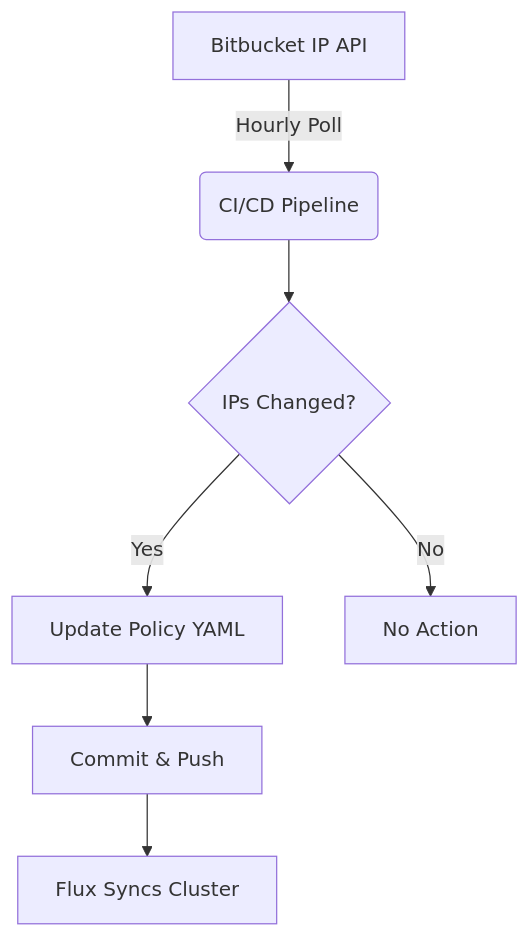
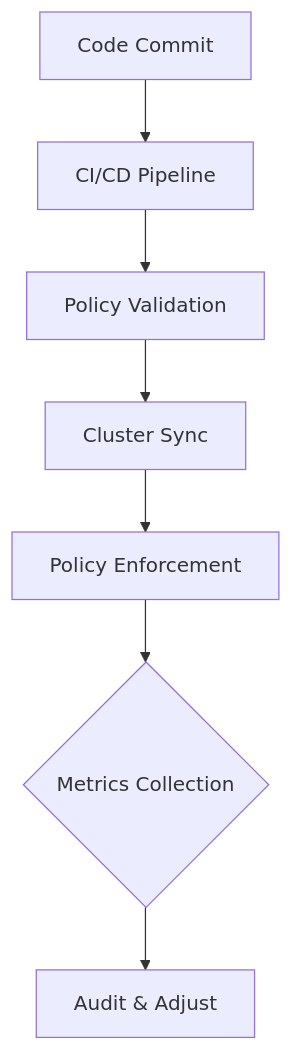
Diagram 11 of 14 in README.md (vponoikoait/k8s-network-policies), drawn with Mermaid before and after one commit. The commit also changed other lines of this file, not shown here.

Commit message:
More diagrams in README

````diff
--- a/README.md
+++ b/README.md
@@ -397,9 +508,9 @@
 ```mermaid
 graph TD
-    A[Bitbucket IP API] -->|Hourly Poll| B(CI/CD Pipeline)
-    B --> C{IPs Changed?}
-    C -->|Yes| D[Update Policy YAML]
-    D --> E[Commit & Push]
-    E --> F[Flux Syncs Cluster]
-    C -->|No| G[No Action]
+    A[Code Commit] --> B[CI/CD Pipeline]
+    B --> C[Policy Validation]
+    C --> D[Cluster Sync]
+    D --> E[Policy Enforcement]
+    E --> F{Metrics Collection}
+    F --> G[Audit & Adjust]
 ```
````
